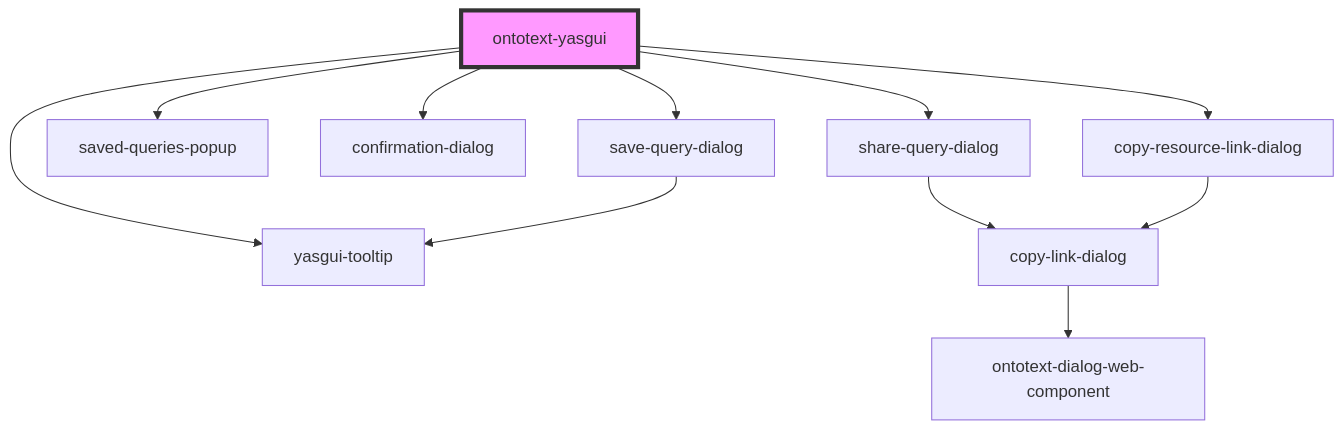
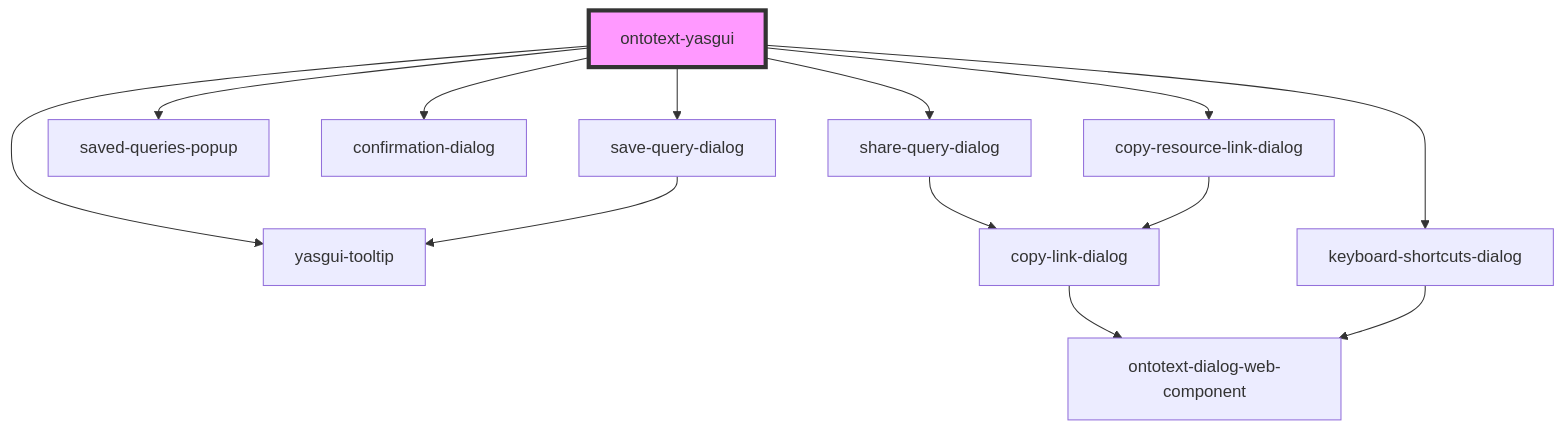
Before and after one commit to Ontotext-AD/ontotext-yasgui: the diagram in ontotext-yasgui-web-component/src/components/ontotext-yasgui-web-component/readme.md, drawn with Mermaid. The commit also changed other lines of this file and 20 other files, not shown here.

First line of the commit message:
GDB-12994 - introduce shortcut dialog changes in the yasgui web component part of the project

````diff
--- a/ontotext-yasgui-web-component/src/components/ontotext-yasgui-web-component/readme.md
+++ b/ontotext-yasgui-web-component/src/components/ontotext-yasgui-web-component/readme.md
@@ -249,14 +250,16 @@
 ```mermaid
 graph TD;
   ontotext-yasgui --> yasgui-tooltip
   ontotext-yasgui --> save-query-dialog
   ontotext-yasgui --> saved-queries-popup
   ontotext-yasgui --> confirmation-dialog
   ontotext-yasgui --> share-query-dialog
   ontotext-yasgui --> copy-resource-link-dialog
+  ontotext-yasgui --> keyboard-shortcuts-dialog
   save-query-dialog --> yasgui-tooltip
   share-query-dialog --> copy-link-dialog
   copy-link-dialog --> ontotext-dialog-web-component
   copy-resource-link-dialog --> copy-link-dialog
+  keyboard-shortcuts-dialog --> ontotext-dialog-web-component
   style ontotext-yasgui fill:#f9f,stroke:#333,stroke-width:4px
 ```
````
